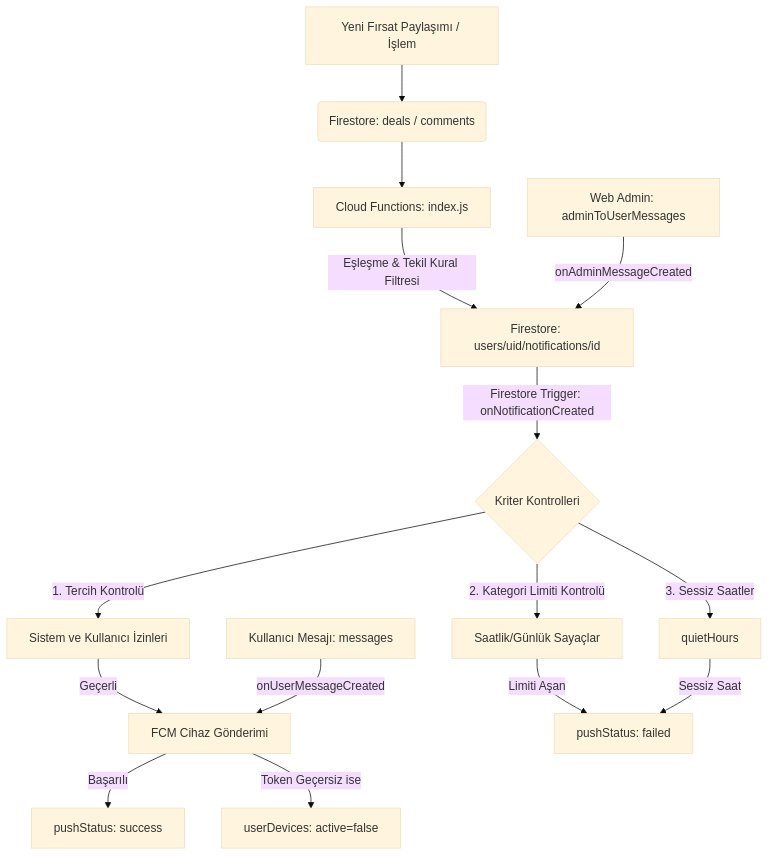
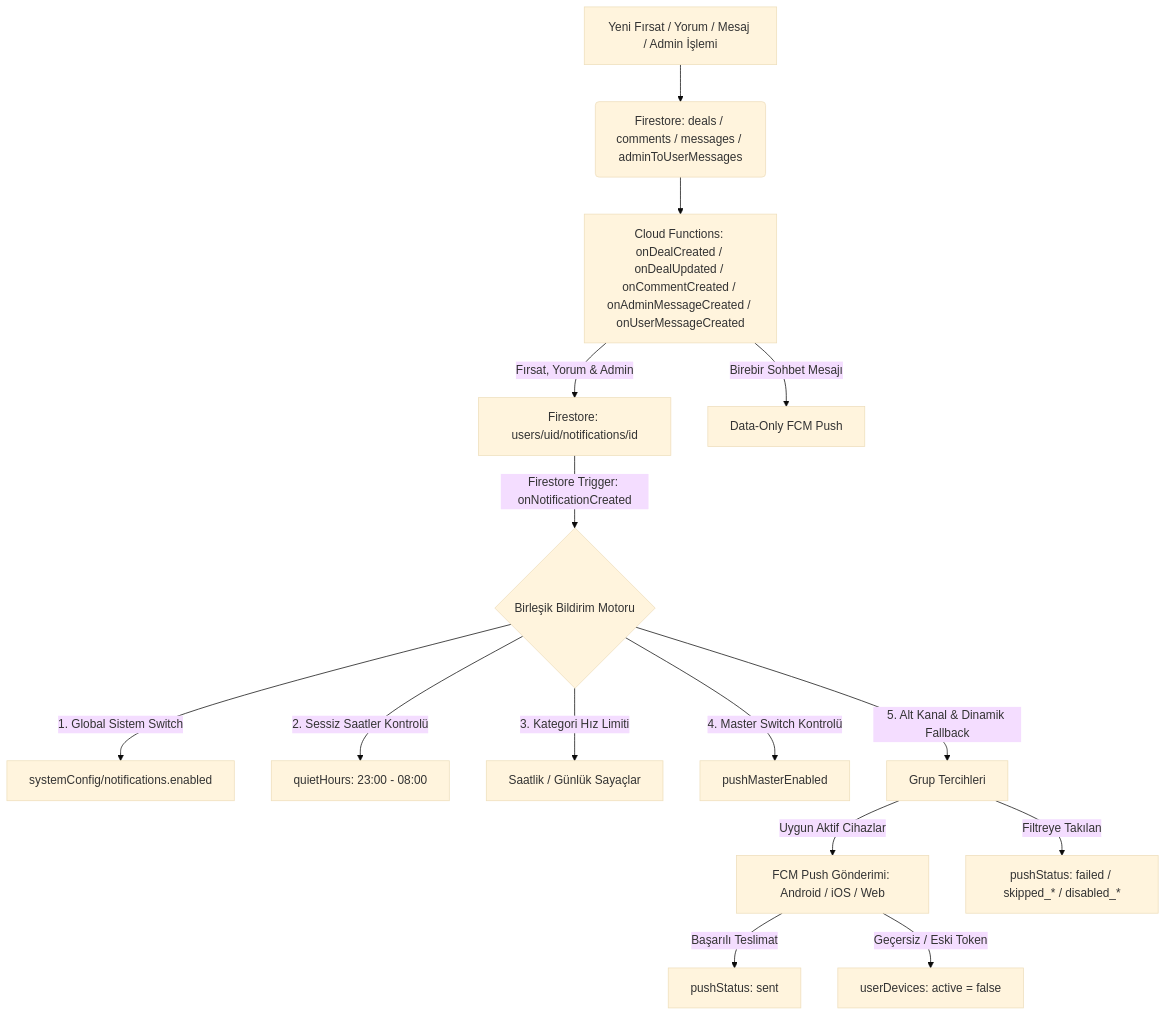
Before and after one commit to gky61/s-cak-f-rsatlar: the diagram in documentation/bildirimler/NOTIFICATION_SYSTEM_ARCHITECT.md, drawn with Mermaid (base theme). The commit also changed other lines of this file and 15 other files, not shown here.

Commit message:
feat(notifications & profile): refactor SupportHubScreen to full page and optimize notification batching

````diff
--- a/documentation/bildirimler/NOTIFICATION_SYSTEM_ARCHITECT.md
+++ b/documentation/bildirimler/NOTIFICATION_SYSTEM_ARCHITECT.md
@@ -11,18 +27,22 @@
 ```mermaid
 graph TD
-    A[Yeni Fırsat Paylaşımı / İşlem] --> B(Firestore: deals / comments)
-    B --> C[Cloud Functions: index.js]
-    C -->|Eşleşme & Tekil Kural Filtresi| D[Firestore: users/uid/notifications/id]
-    D -->|Firestore Trigger: onNotificationCreated| E{Kriter Kontrolleri}
-    E -->|1. Tercih Kontrolü| F[Sistem ve Kullanıcı İzinleri]
-    E -->|2. Kategori Limiti Kontrolü| G[Saatlik/Günlük Sayaçlar]
-    E -->|3. Sessiz Saatler| H[quietHours]
-    F -->|Geçerli| I[FCM Cihaz Gönderimi]
-    G -->|Limiti Aşan| J[pushStatus: failed]
-    H -->|Sessiz Saat| J
-    I -->|Başarılı| K[pushStatus: success]
-    I -->|Token Geçersiz ise| L[userDevices: active=false]
-
-    M[Web Admin: adminToUserMessages] -->|onAdminMessageCreated| D
-    N[Kullanıcı Mesajı: messages] -->|onUserMessageCreated| I
+    A[Yeni Fırsat / Yorum / Mesaj / Admin İşlemi] --> B(Firestore: deals / comments / messages / adminToUserMessages)
+    B --> C[Cloud Functions: onDealCreated / onDealUpdated / onCommentCreated / onAdminMessageCreated / onUserMessageCreated]
+    
+    C -->|Fırsat, Yorum & Admin| D[Firestore: users/uid/notifications/id]
+    C -->|Birebir Sohbet Mesajı| E[Data-Only FCM Push]
+    
+    D -->|Firestore Trigger: onNotificationCreated| F{Birleşik Bildirim Motoru}
+    
+    F -->|1. Global Sistem Switch| G[systemConfig/notifications.enabled]
+    F -->|2. Sessiz Saatler Kontrolü| H[quietHours: 23:00 - 08:00]
+    F -->|3. Kategori Hız Limiti| I[Saatlik / Günlük Sayaçlar]
+    F -->|4. Master Switch Kontrolü| J[pushMasterEnabled]
+    F -->|5. Alt Kanal & Dinamik Fallback| K[Grup Tercihleri]
+    
+    K -->|Uygun Aktif Cihazlar| L[FCM Push Gönderimi: Android / iOS / Web]
+    K -->|Filtreye Takılan| M[pushStatus: failed / skipped_* / disabled_*]
+    
+    L -->|Başarılı Teslimat| N[pushStatus: sent]
+    L -->|Geçersiz / Eski Token| O[userDevices: active = false]
 ```
````
